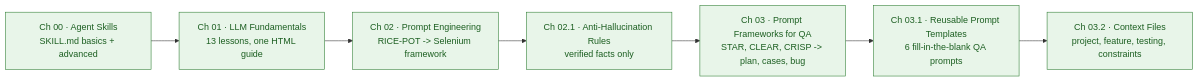
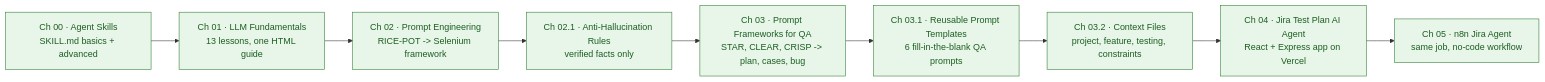
The first of 10 diagrams in README.md (PramodDutta/AITesterBlueprint5x), drawn with Mermaid before and after one commit. The commit also changed other lines of this file, not shown here.

````diff
--- a/README.md
+++ b/README.md
@@ -27,12 +29,14 @@
 ```mermaid
 flowchart LR
     C0["Ch 00 · Agent Skills<br/>SKILL.md basics + advanced"] --> C1["Ch 01 · LLM Fundamentals<br/>13 lessons, one HTML guide"]
     C1 --> C2["Ch 02 · Prompt Engineering<br/>RICE-POT -> Selenium framework"]
     C2 --> C21["Ch 02.1 · Anti-Hallucination Rules<br/>verified facts only"]
     C21 --> C3["Ch 03 · Prompt Frameworks for QA<br/>STAR, CLEAR, CRISP -> plan, cases, bug"]
     C3 --> C31["Ch 03.1 · Reusable Prompt Templates<br/>6 fill-in-the-blank QA prompts"]
     C31 --> C32["Ch 03.2 · Context Files<br/>project, feature, testing, constraints"]
+    C32 --> C4["Ch 04 · Jira Test Plan AI Agent<br/>React + Express app on Vercel"]
+    C4 --> C5["Ch 05 · n8n Jira Agent<br/>same job, no-code workflow"]
 
     classDef done fill:#e8f5e9,stroke:#2e7d32,color:#1b5e20
-    class C0,C1,C2,C21,C3,C31,C32 done
+    class C0,C1,C2,C21,C3,C31,C32,C4,C5 done
 ```
````
